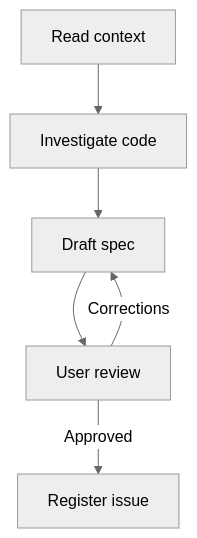
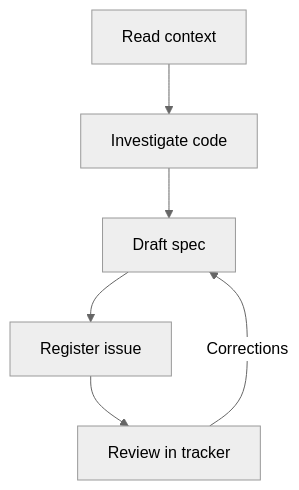
Before and after one commit to adeonir/agent-skills: the diagram in skills/engineering/to-spec/README.md, drawn with Mermaid (neutral theme). The commit also changed other lines of this file and 1 other file, not shown here.

Commit message:
feat(to-spec): register the draft and review it in the tracker

````diff
--- a/skills/engineering/to-spec/README.md
+++ b/skills/engineering/to-spec/README.md
@@ -7,8 +7,8 @@
 ```mermaid
 flowchart TD
     A[Read context] --> B[Investigate code]
     B --> C[Draft spec]
-    C --> D[User review]
-    D -->|Corrections| C
-    D -->|Approved| E[Register issue]
+    C --> D[Register issue]
+    D --> E[Review in tracker]
+    E -->|Corrections| C
 ```
````
